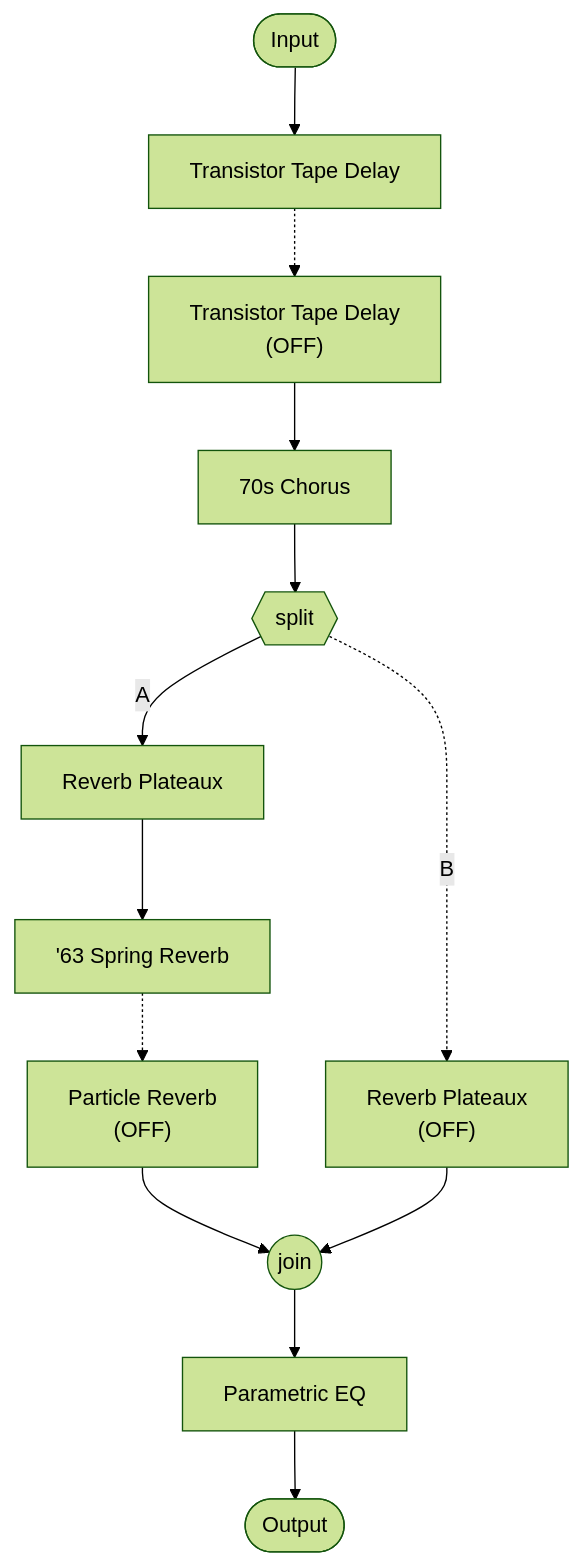
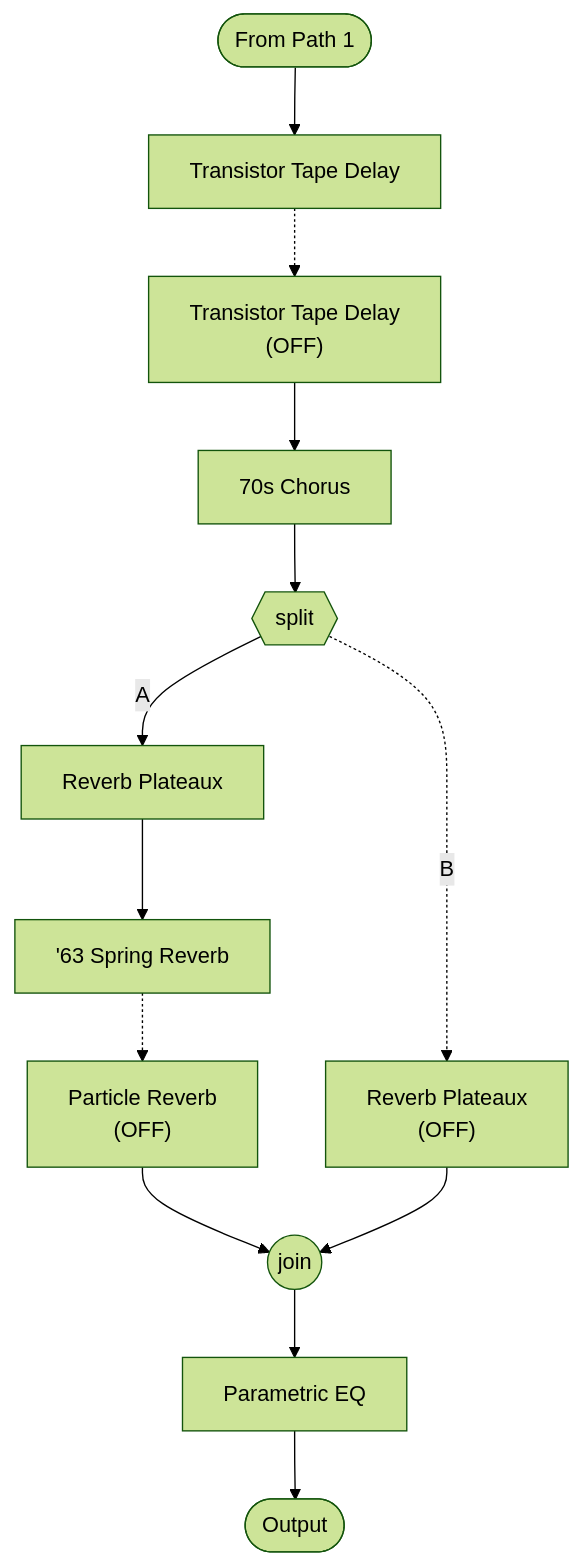
Before and after one commit to lmeadors/helix-catalog: the second of 2 diagrams in presets/samples/Matchless (v3).flow.md, drawn with Mermaid (forest theme). The commit also changed other lines of this file and 1 other file, not shown here.

First line of the commit message:
confirm dsp1 split topology; fix path1/path2 series routing in diagram

````diff
--- a/presets/samples/Matchless (v3).flow.md
+++ b/presets/samples/Matchless (v3).flow.md
@@ -35,15 +39,15 @@
 ```mermaid
 graph TD
-    IN1([Input]) --> DL1["Transistor Tape Delay"]
+    IN1(["From Path 1"]) --> DL1["Transistor Tape Delay"]
     DL1 -.-> DL2["Transistor Tape Delay<br/>(OFF)"]
     DL2 --> CH["70s Chorus"]
     CH --> SPLIT{{split}}
     SPLIT -->|A| RV1["Reverb Plateaux"]
     RV1 --> RV2["'63 Spring Reverb"]
     RV2 -.-> RV3["Particle Reverb<br/>(OFF)"]
     RV3 --> JOIN((join))
     SPLIT -.->|B| RV1B["Reverb Plateaux<br/>(OFF)"]
     RV1B --> JOIN
     JOIN --> EQ["Parametric EQ"]
     EQ --> OUT1([Output])
 ```
````
